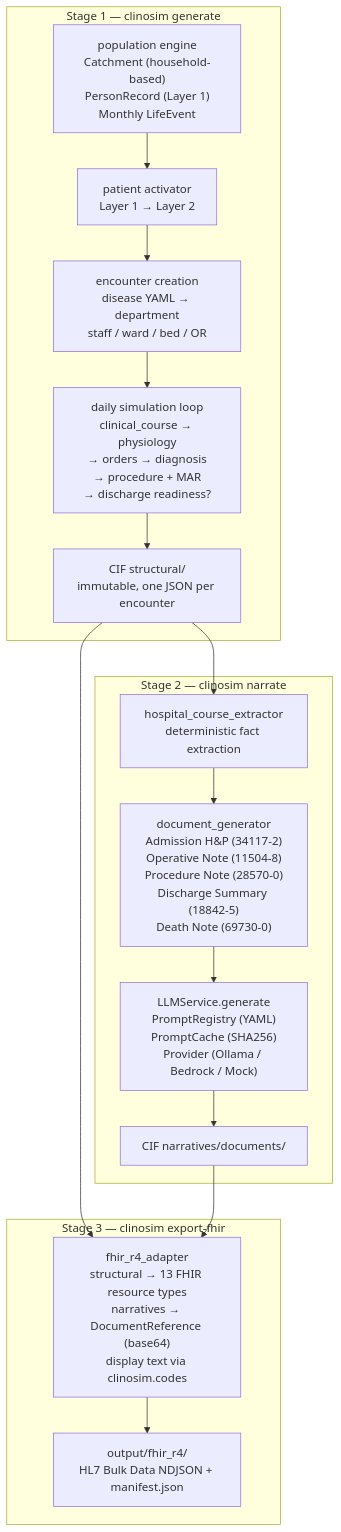
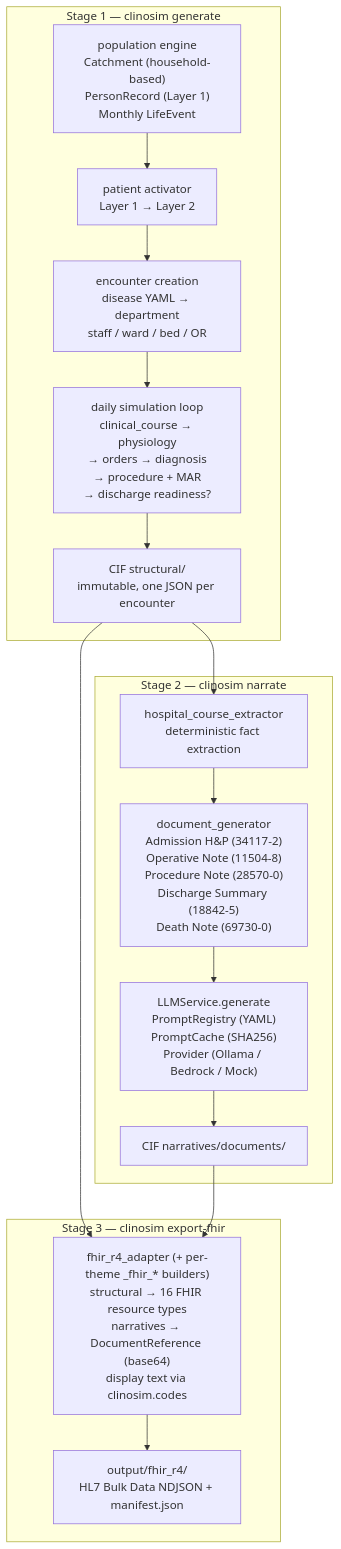
One commit to TomoOkuyama/clinosim changed the first of 2 diagrams in README.md. Above: the diagram before and after it, drawn with Mermaid. The commit also changed other lines of this file and 3 other files, not shown here.

````diff
--- a/README.md
+++ b/README.md
@@ -420,29 +428,29 @@
 ```mermaid
 flowchart TD
     subgraph stage1["Stage 1 — clinosim generate"]
         pop["population engine<br/>Catchment (household-based)<br/>PersonRecord (Layer 1)<br/>Monthly LifeEvent"]
         act["patient activator<br/>Layer 1 → Layer 2"]
         enc["encounter creation<br/>disease YAML → department<br/>staff / ward / bed / OR"]
         loop["daily simulation loop<br/>clinical_course → physiology<br/>→ orders → diagnosis<br/>→ procedure + MAR<br/>→ discharge readiness?"]
         cif_s["CIF structural/<br/>immutable, one JSON per encounter"]
         pop --> act --> enc --> loop --> cif_s
     end
 
     subgraph stage2["Stage 2 — clinosim narrate"]
         ext["hospital_course_extractor<br/>deterministic fact extraction"]
         gen["document_generator<br/>Admission H&P (34117-2)<br/>Operative Note (11504-8)<br/>Procedure Note (28570-0)<br/>Discharge Summary (18842-5)<br/>Death Note (69730-0)"]
         llm["LLMService.generate<br/>PromptRegistry (YAML)<br/>PromptCache (SHA256)<br/>Provider (Ollama / Bedrock / Mock)"]
         cif_n["CIF narratives/documents/"]
         ext --> gen --> llm --> cif_n
     end
 
     subgraph stage3["Stage 3 — clinosim export-fhir"]
-        adapter["fhir_r4_adapter<br/>structural → 13 FHIR resource types<br/>narratives → DocumentReference (base64)<br/>display text via clinosim.codes"]
+        adapter["fhir_r4_adapter (+ per-theme _fhir_* builders)<br/>structural → 16 FHIR resource types<br/>narratives → DocumentReference (base64)<br/>display text via clinosim.codes"]
         fhir["output/fhir_r4/<br/>HL7 Bulk Data NDJSON + manifest.json"]
         adapter --> fhir
     end
 
     cif_s --> ext
     cif_s --> adapter
     cif_n --> adapter
 ```
````
